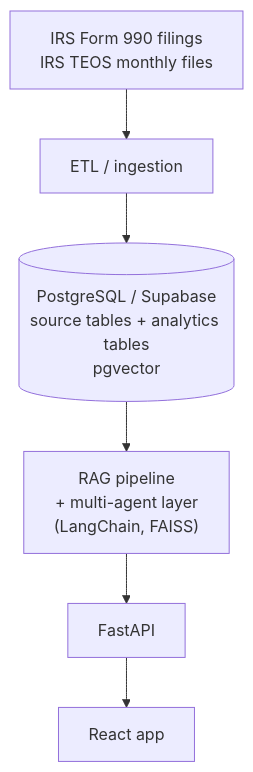
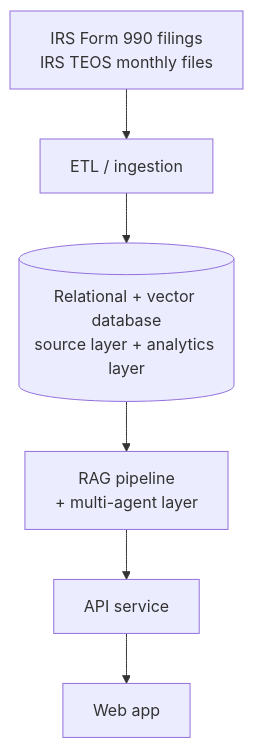
One commit to jorgems21/mysite changed the diagram in projects/munay-works/architecture.mmd. Above: the diagram before and after it, drawn with Mermaid. The commit also changed 14 other files, not shown here.

```diff
--- a/projects/munay-works/architecture.mmd
+++ b/projects/munay-works/architecture.mmd
@@ -1,6 +1,6 @@
 flowchart TD
   A["IRS Form 990 filings<br/>IRS TEOS monthly files"] --> B["ETL / ingestion"]
-  B --> C[("PostgreSQL / Supabase<br/>source tables + analytics tables<br/>pgvector")]
-  C --> D["RAG pipeline<br/>+ multi-agent layer<br/>(LangChain, FAISS)"]
-  D --> E["FastAPI"]
-  E --> F["React app"]
+  B --> C[("Relational + vector database<br/>source layer + analytics layer")]
+  C --> D["RAG pipeline<br/>+ multi-agent layer"]
+  D --> E["API service"]
+  E --> F["Web app"]
```
